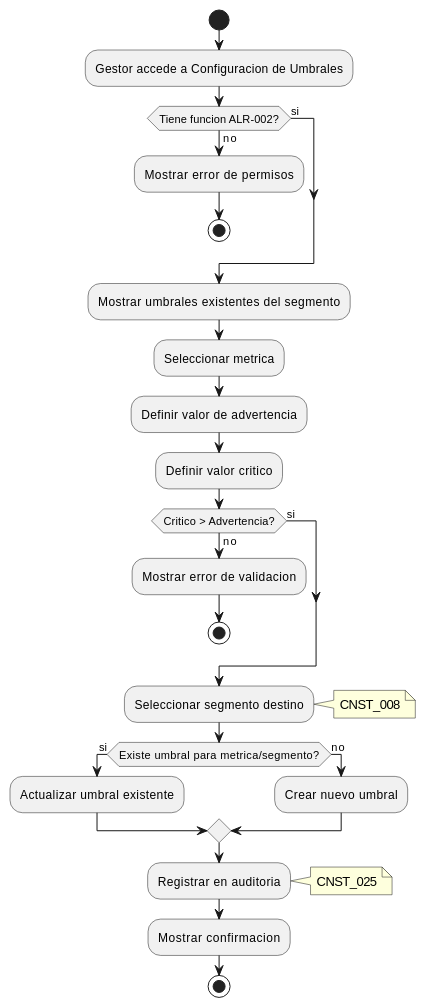
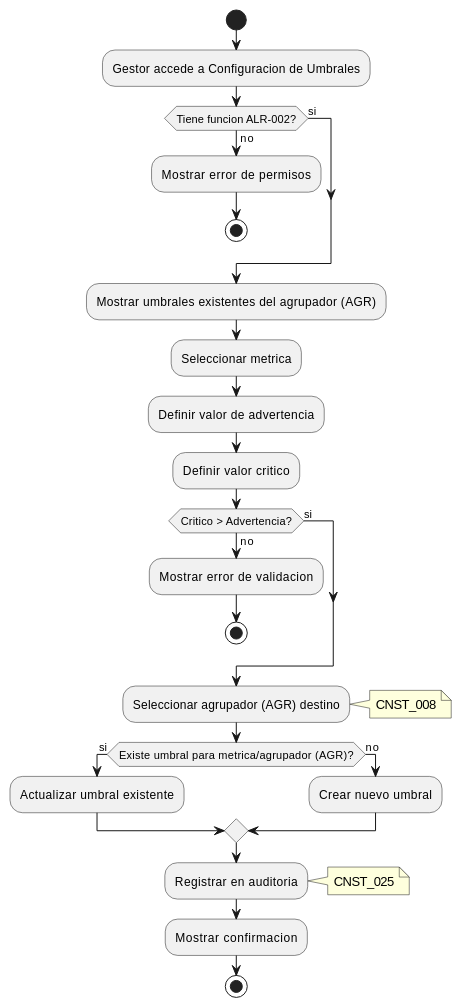
The third of 3 diagrams in source/requisitos/casos-uso/alerts/uc-alr-01-configurar-umbrales.rst (jcg-admin/IACT-docs), drawn with PlantUML before and after one commit. The commit also changed other lines of this file and 4 other files, not shown here.

```diff
--- a/source/requisitos/casos-uso/alerts/uc-alr-01-configurar-umbrales.rst
+++ b/source/requisitos/casos-uso/alerts/uc-alr-01-configurar-umbrales.rst
@@ -357,43 +357,43 @@
 .. uml::
  :caption: Diagrama de Actividad - UC_ALR_01
 
  @startuml
  start
  :Gestor accede a Configuracion de Umbrales;
 
  if (Tiene funcion ALR-002?) then (no)
  :Mostrar error de permisos;
  stop
  else (si)
  endif
 
- :Mostrar umbrales existentes del segmento;
+ :Mostrar umbrales existentes del agrupador (AGR);
 
  :Seleccionar metrica;
 
  :Definir valor de advertencia;
 
  :Definir valor critico;
 
  if (Critico > Advertencia?) then (no)
  :Mostrar error de validacion;
  stop
  else (si)
  endif
 
- :Seleccionar segmento destino;
+ :Seleccionar agrupador (AGR) destino;
  note right: CNST_008
 
- if (Existe umbral para metrica/segmento?) then (si)
+ if (Existe umbral para metrica/agrupador (AGR)?) then (si)
  :Actualizar umbral existente;
  else (no)
  :Crear nuevo umbral;
  endif
 
  :Registrar en auditoria;
  note right: CNST_025
 
  :Mostrar confirmacion;
 
  stop
  @enduml
```
